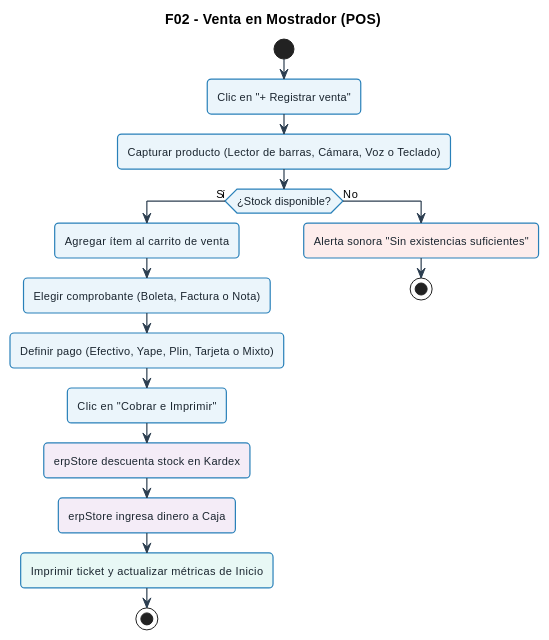
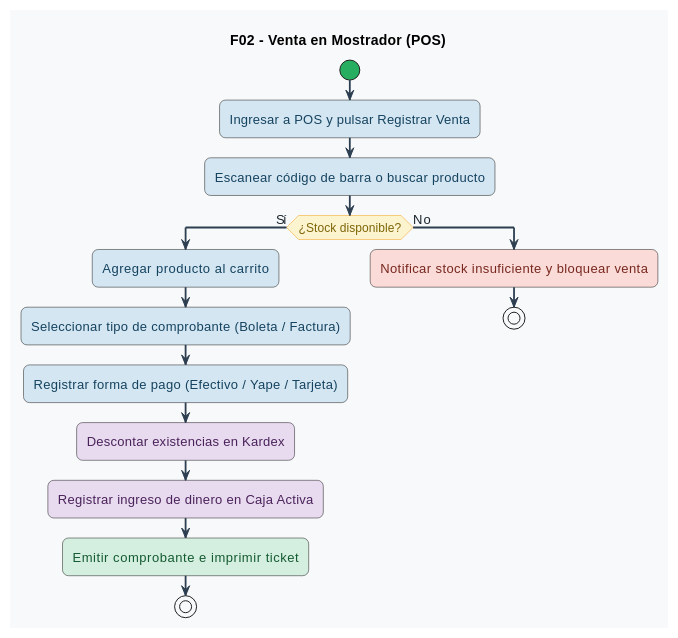
Before and after one commit to xmenil/ERP-KIPUS: the second of 11 diagrams in docs/UML-flujos/flujos-consolidados-kipu.md, drawn with PlantUML. The commit also changed other lines of this file and 23 other files, not shown here.

Commit message:
docs: actualizar diagramas PlantUML estilo Bizagi BPMN y corregir advertencias de sintaxis

````diff
--- a/docs/UML-flujos/flujos-consolidados-kipu.md
+++ b/docs/UML-flujos/flujos-consolidados-kipu.md
@@ -112,49 +128,71 @@
 ```plantuml
 @startuml
+<style>
+activityDiagram {
+  BackgroundColor #F8F9FA
+  BorderColor #2C3E50
+  FontColor #1A252F
+  FontSize 13
+  FontName "Segoe UI", Arial, sans-serif
+  RoundCorner 12
+  Padding 10
+  Margin 8
+
+  .verde {
+    BackgroundColor #D4EFDF
+    BorderColor #27AE60
+    FontColor #145A32
+  }
+  .amarillo {
+    BackgroundColor #FCF3CF
+    BorderColor #F39C12
+    FontColor #7D6608
+  }
+  .azul {
+    BackgroundColor #D4E6F1
+    BorderColor #2980B9
+    FontColor #154360
+  }
+  .morado {
+    BackgroundColor #E8DAEF
+    BorderColor #8E44AD
+    FontColor #4A235A
+  }
+  .rojo {
+    BackgroundColor #FADBD8
+    BorderColor #C0392B
+    FontColor #78281F
+  }
+}
+</style>
+
 skinparam defaultFontName "Segoe UI", Arial, sans-serif
-skinparam defaultFontSize 11
-skinparam roundCorner 8
-skinparam shadowing false
 skinparam ArrowColor #2C3E50
-skinparam ArrowThickness 1.2
-
-skinparam activity {
-  BackgroundColor #EBF5FB
-  BorderColor #2980B9
-  BorderThickness 1.2
-  FontColor #1A252F
-}
-skinparam decision {
-  BackgroundColor #FEF9E7
-  BorderColor #F39C12
-  BorderThickness 1.2
-  FontColor #7D6608
-}
-skinparam start {
-  Color #27AE60
-}
-skinparam stop {
-  Color #C0392B
-}
+skinparam ArrowThickness 1.8
+skinparam activityStartColor #27AE60
+skinparam activityEndColor #C0392B
+skinparam activityDiamondBackgroundColor #FCF3CF
+skinparam activityDiamondBorderColor #F39C12
+skinparam activityDiamondFontColor #7D6608
+skinparam activityDiamondFontSize 12
 
 title F02 - Venta en Mostrador (POS)
 
 start
-:Clic en "+ Registrar venta";
-:Capturar producto (Lector de barras, Cámara, Voz o Teclado);
+:Ingresar a POS y pulsar Registrar Venta; <<azul>>
+:Escanear código de barra o buscar producto; <<azul>>
 
 if (¿Stock disponible?) then (Sí)
-  :Agregar ítem al carrito de venta;
-  :Elegir comprobante (Boleta, Factura o Nota);
-  :Definir pago (Efectivo, Yape, Plin, Tarjeta o Mixto);
-  :Clic en "Cobrar e Imprimir";
-  #F4ECF7:erpStore descuenta stock en Kardex;
-  #F4ECF7:erpStore ingresa dinero a Caja;
-  #E8F8F5:Imprimir ticket y actualizar métricas de Inicio;
+  :Agregar producto al carrito; <<azul>>
+  :Seleccionar tipo de comprobante (Boleta / Factura); <<azul>>
+  :Registrar forma de pago (Efectivo / Yape / Tarjeta); <<azul>>
+  :Descontar existencias en Kardex; <<morado>>
+  :Registrar ingreso de dinero en Caja Activa; <<morado>>
+  :Emitir comprobante e imprimir ticket; <<verde>>
   stop
 else (No)
-  #FDEDEC:Alerta sonora "Sin existencias suficientes";
+  :Notificar stock insuficiente y bloquear venta; <<rojo>>
   stop
 endif
 @enduml
 ```
````
